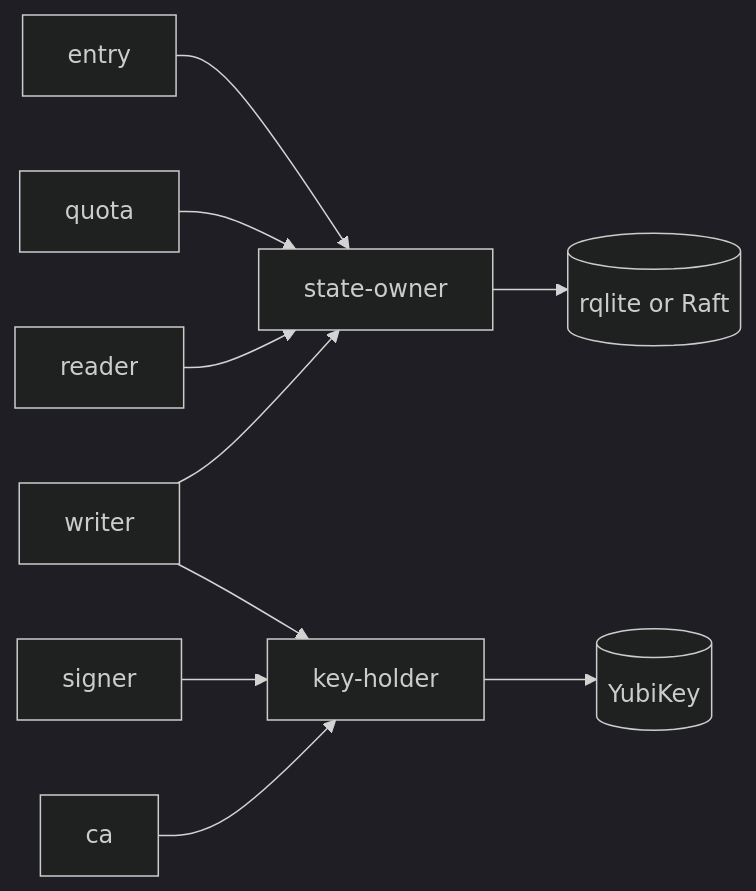
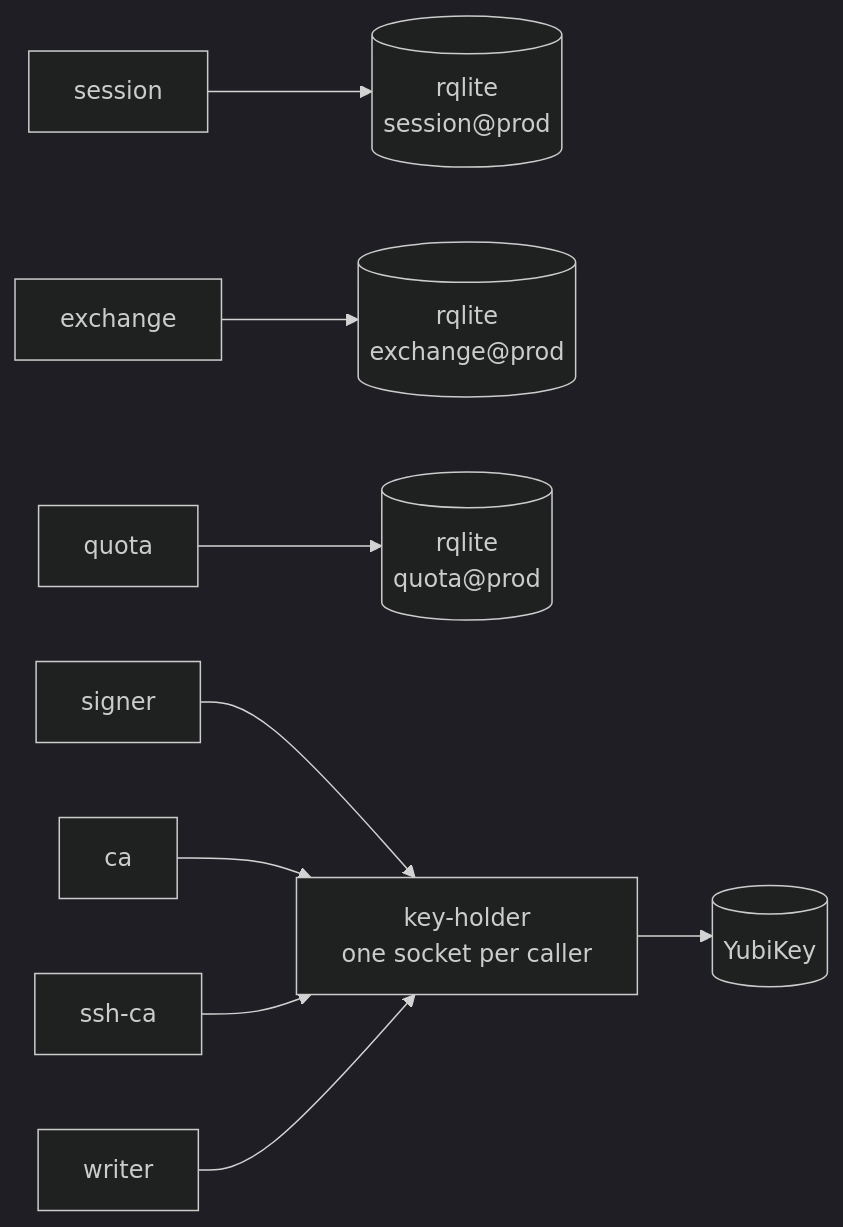
Before and after one commit to truvity/sluis: the second of 3 diagrams in docs/architecture/processes.md, drawn with Mermaid (dark theme). The commit also changed other lines of this file and 33 other files, not shown here.

````diff
--- a/docs/architecture/processes.md
+++ b/docs/architecture/processes.md
@@ -146,12 +156,11 @@
 ```mermaid
 flowchart LR
-  entry["entry"] --> so["state-owner"]
-  quota["quota"] --> so
-  aw["writer"] --> so
-  ar["reader"] --> so
-  so --> db[("rqlite or Raft")]
-  signer["signer"] --> kh["key-holder"]
+  sess["session"] --> db1[("rqlite<br/>session@prod")]
+  xchg["exchange"] --> db2[("rqlite<br/>exchange@prod")]
+  quota["quota"] --> db3[("rqlite<br/>quota@prod")]
+  signer["signer"] --> kh["key-holder<br/>one socket per caller"]
   ca["ca"] --> kh
-  aw --> kh
+  sshca["ssh-ca"] --> kh
+  aw["writer"] --> kh
   kh --> dev[("YubiKey")]
 ```
````
